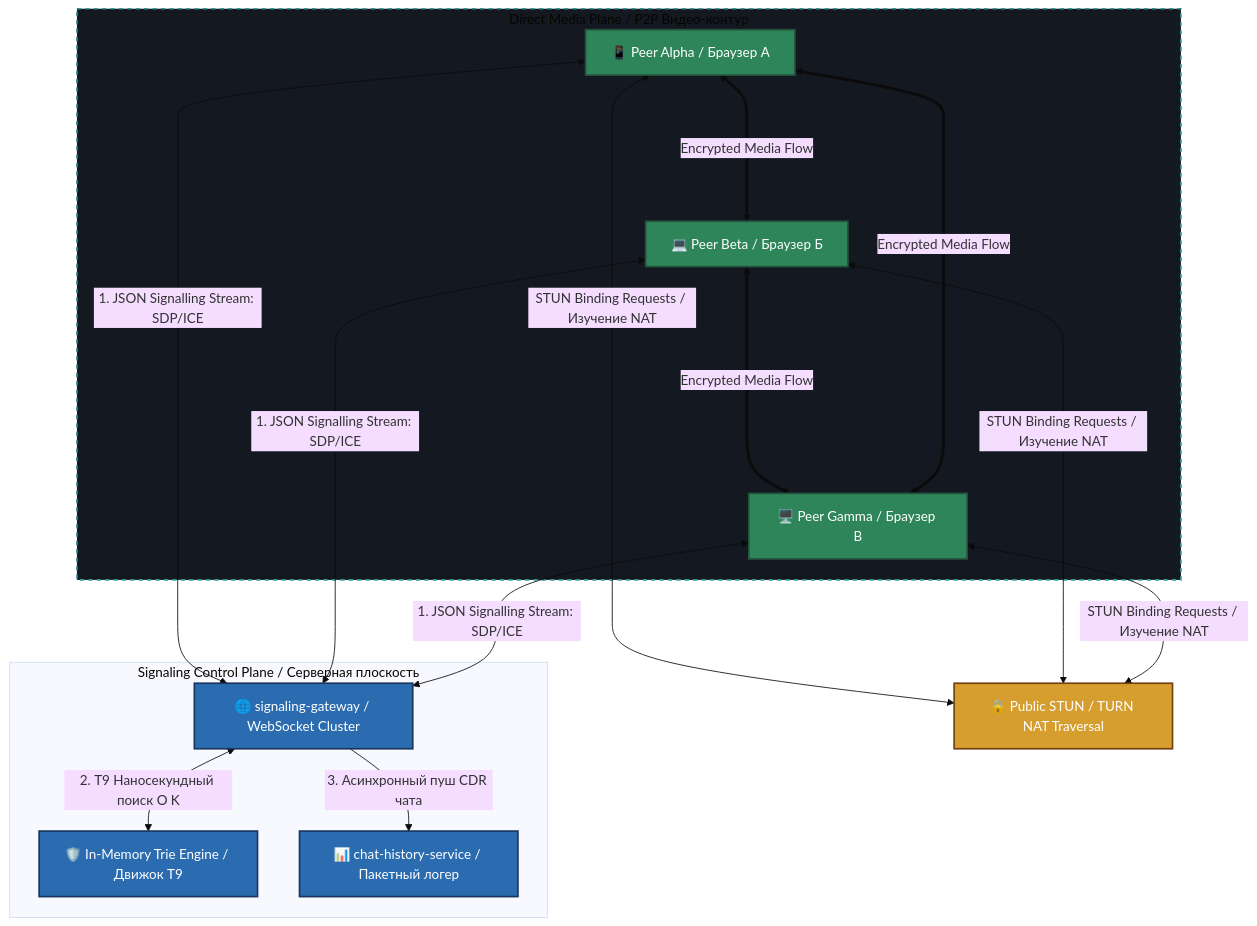
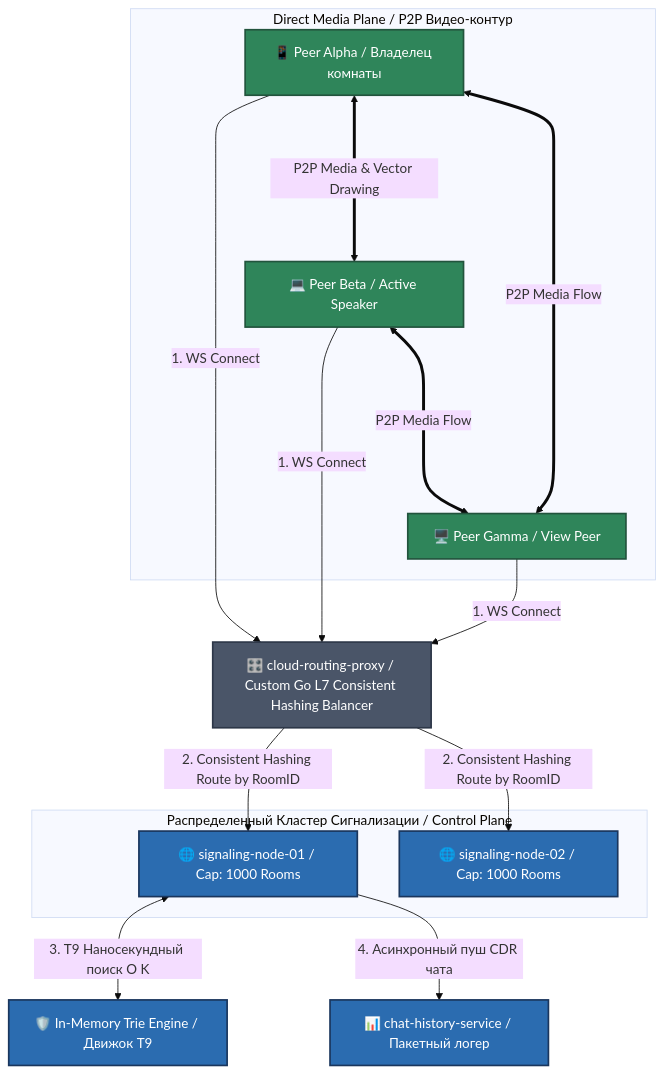
One commit to system-highload-architect/webrtc-mesh-platform changed the diagram in README.md. Above: the diagram before and after it, drawn with Mermaid (base theme). The commit also changed other lines of this file, not shown here.

Commit message:
docs: finalized comprehensive 3GPP-aligned WebRTC Mesh spec with custom L7 Consistent Hashing Balancer and idle state state machines

````diff
--- a/README.md
+++ b/README.md
@@ -11,46 +11,48 @@
 ```mermaid
 graph TD
-    %% Стилизация элементов / Node Styling
-    classDef signal fill:#2b6cb0,stroke:#1a365d,stroke-width:2px,color:#fff;
-    classDef client fill:#2f855a,stroke:#22543d,stroke-width:2px,color:#fff;
-    classDef stun fill:#d69e2e,stroke:#744210,stroke-width:2px,color:#fff;
-
-    %% 1. Наш Сигнальный Сервер / Signaling Control Plane
-    subgraph Control_Plane [Signaling Control Plane / Серверная плоскость]
-        WS_Gateway[🌐 signaling-gateway / WebSocket Cluster]:::signal
-        Trie_T9[🛡️ In-Memory Trie Engine / Движок Т9]:::signal
-        Batch_Logger[📊 chat-history-service / Пакетный логер]:::signal
+    %% Элементы балансировки и прокси
+    Proxy[🎛️ cloud-routing-proxy / Custom Go L7 Consistent Hashing Balancer]
+    
+    %% Ноды Сигнального Кластера
+    subgraph Signaling_Cluster [Распределенный Кластер Сигнализации / Control Plane]
+        Node1[🌐 signaling-node-01 / Cap: 1000 Rooms]
+        Node2[🌐 signaling-node-02 / Cap: 1000 Rooms]
     end
 
-    %% 2. Внешние Сетевые Узлы / Network Edge STUN Server
-    STUN_TURN[🔒 Public STUN / TURN NAT Traversal]:::stun
+    %% Наше общее Go-шасси
+    Trie_T9[🛡️ In-Memory Trie Engine / Движок Т9]
+    Batch_Logger[📊 chat-history-service / Пакетный логер]
 
-    %% 3. Браузеры Участников / Active Peers (Mesh Topology)
+    %% Браузеры Участников (Mesh Topology)
     subgraph P2P_Mesh_Network [Direct Media Plane / P2P Видео-контур]
-        PeerA[📱 Peer Alpha / Браузер А]:::client
-        PeerB[💻 Peer Beta / Браузер Б]:::client
-        PeerC[🖥️ Peer Gamma / Браузер В]:::client
+        PeerA[📱 Peer Alpha / Владелец комнаты]
+        PeerB[💻 Peer Beta / Active Speaker]
+        PeerC[🖥️ Peer Gamma / View Peer]
         
         %% ПРЯМЫЕ МЕДИА ТУННЕЛИ (P2P DTLS-SRTP ENCRYPTION)
-        PeerA <====>|Encrypted Media Flow| PeerB
-        PeerB <====>|Encrypted Media Flow| PeerC
-        PeerC <====>|Encrypted Media Flow| PeerA
+        PeerA <====>|P2P Media & Vector Drawing| PeerB
+        PeerB <====>|P2P Media Flow| PeerC
+        PeerC <====>|P2P Media Flow| PeerA
     end
 
-    %% СИГНАЛЬНЫЕ ПОТОКИ / CONTROL PLANE WEBSOCKETS
-    PeerA <-->|1. JSON Signalling Stream: SDP/ICE| WS_Gateway
-    PeerB <-->|1. JSON Signalling Stream: SDP/ICE| WS_Gateway
-    PeerC <-->|1. JSON Signalling Stream: SDP/ICE| WS_Gateway
+    %% Входной трафик и Умная Маршрутизация
+    PeerA -->|1. WS Connect| Proxy
+    PeerB -->|1. WS Connect| Proxy
+    PeerC -->|1. WS Connect| Proxy
+    
+    Proxy -->|2. Consistent Hashing Route by RoomID| Node1
+    Proxy -->|2. Consistent Hashing Route by RoomID| Node2
 
     %% Интеграция внутренних сервисов Go
-    WS_Gateway <-->|2. Т9 Наносекундный поиск O K| Trie_T9
-    WS_Gateway -->|3. Асинхронный пуш CDR чата| Batch_Logger
-
-    %% NAT Traversal пробивка портов
-    PeerA <-->|STUN Binding Requests / Изучение NAT| STUN_TURN
-    PeerB <-->|STUN Binding Requests / Изучение NAT| STUN_TURN
-    PeerC <-->|STUN Binding Requests / Изучение NAT| STUN_TURN
-
-    %% Стилизация подграфа трафика трафика
-    style P2P_Mesh_Network fill:#141821,stroke:#319795,stroke-width:2px,stroke-dasharray: 5 5;
+    Node1 <-->|3. Т9 Наносекундный поиск O K| Trie_T9
+    Node1 -->|4. Асинхронный пуш CDR чата| Batch_Logger
+    
+    style Proxy fill:#4a5568,stroke:#2d3748,stroke-width:2px,color:#fff
+    style Node1 fill:#2b6cb0,stroke:#1a365d,stroke-width:2px,color:#fff
+    style Node2 fill:#2b6cb0,stroke:#1a365d,stroke-width:2px,color:#fff
+    style Trie_T9 fill:#2b6cb0,stroke:#1a365d,stroke-width:2px,color:#fff
+    style Batch_Logger fill:#2b6cb0,stroke:#1a365d,stroke-width:2px,color:#fff
+    style PeerA fill:#2f855a,stroke:#22543d,stroke-width:2px,color:#fff
+    style PeerB fill:#2f855a,stroke:#22543d,stroke-width:2px,color:#fff
+    style PeerC fill:#2f855a,stroke:#22543d,stroke-width:2px,color:#fff
 ```
````
